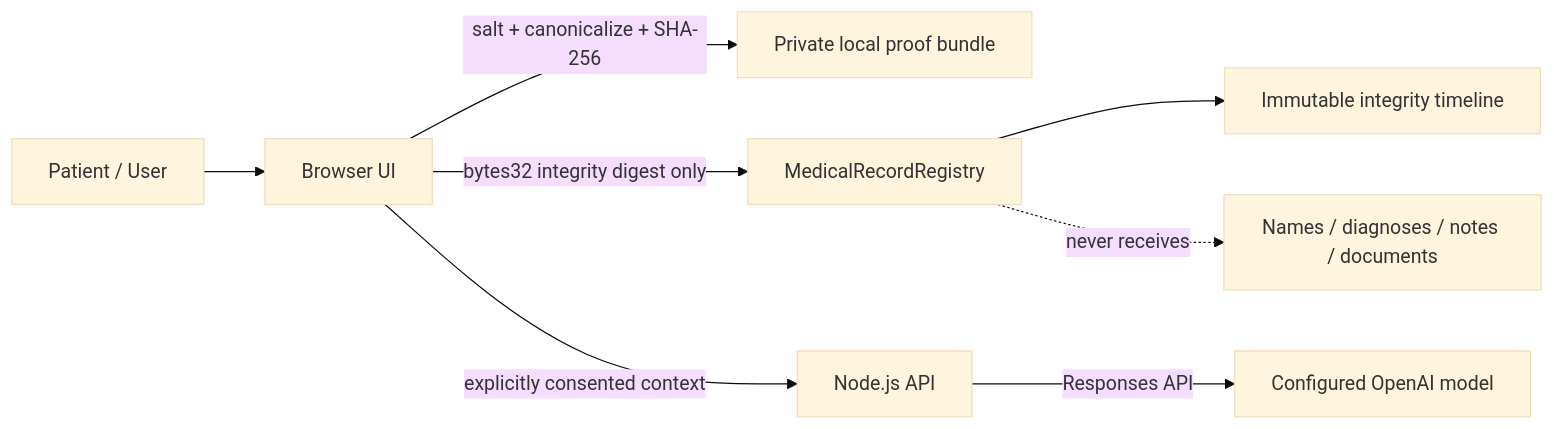
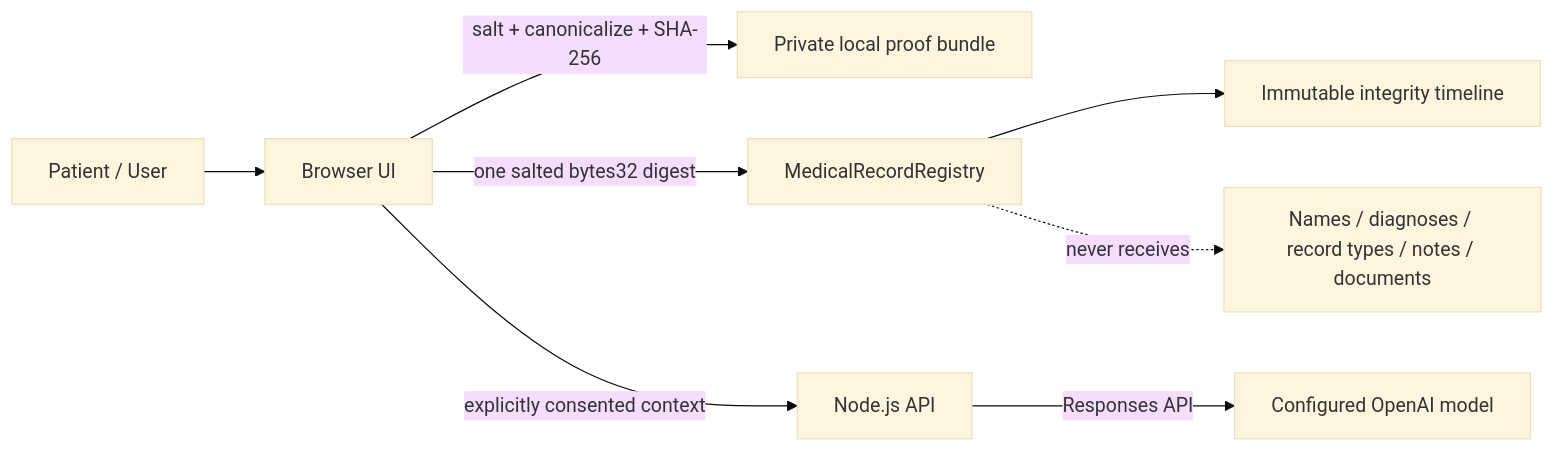
Before and after one commit to emreocell/HealtChain: the diagram in README.md, drawn with Mermaid (base theme). The commit also changed other lines of this file and 9 other files, not shown here.

````diff
--- a/README.md
+++ b/README.md
@@ -29,11 +29,11 @@
 ```mermaid
 flowchart LR
     Patient[Patient / User] --> Web[Browser UI]
     Web -->|salt + canonicalize + SHA-256| Proof[Private local proof bundle]
-    Web -->|bytes32 integrity digest only| Chain[MedicalRecordRegistry]
+    Web -->|one salted bytes32 digest| Chain[MedicalRecordRegistry]
     Web -->|explicitly consented context| API[Node.js API]
     API -->|Responses API| AI[Configured OpenAI model]
 
     Chain --> Audit[Immutable integrity timeline]
-    Chain -. never receives .-> PHI[Names / diagnoses / notes / documents]
+    Chain -. never receives .-> PHI[Names / diagnoses / record types / notes / documents]
 ```
````
